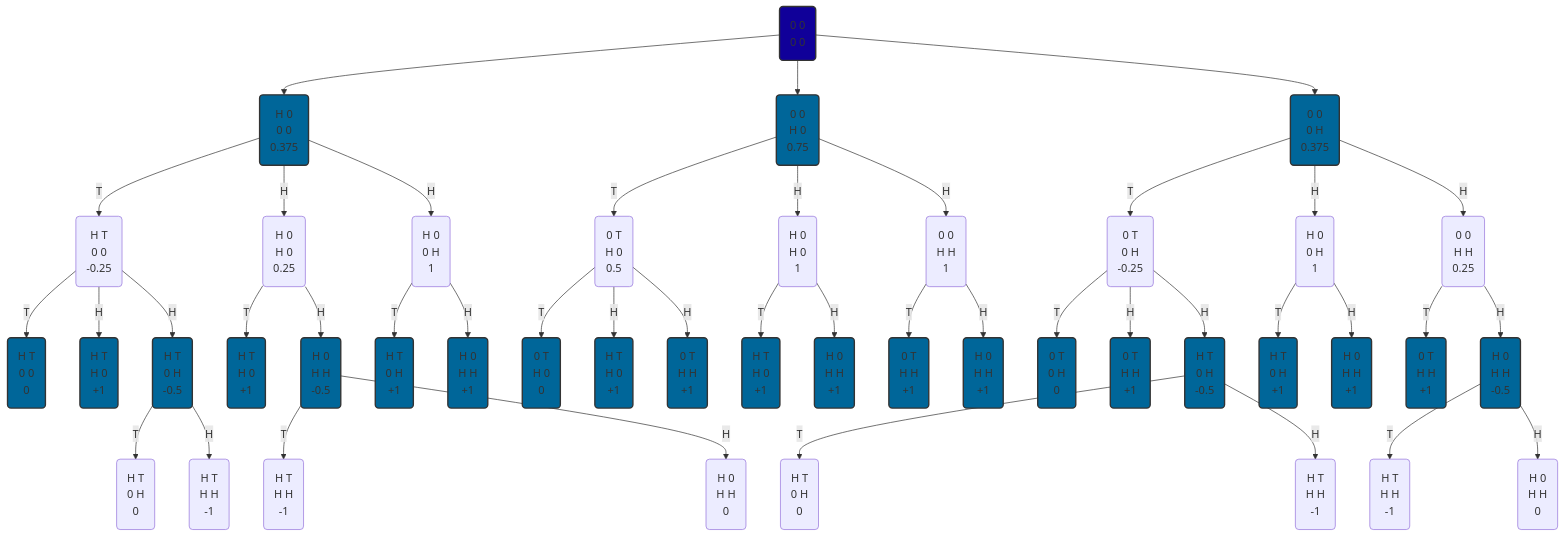
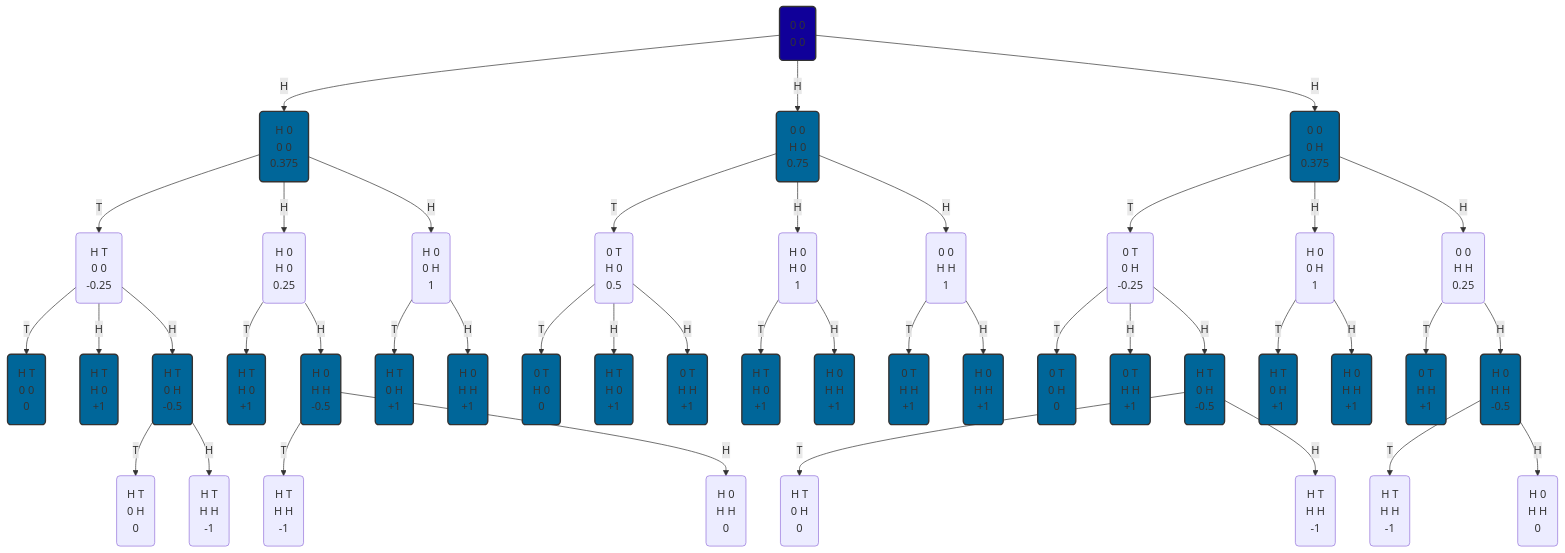
One commit to lucasfth/introduction-to-artificial-intelligence changed the diagram in week_4/chbl.md. Above: the diagram before and after it, drawn with Mermaid. The commit also changed other lines of this file and 1 other file, not shown here.

Commit message:
fix anwser to week 3 part b

```diff
--- a/week_4/chbl.md
+++ b/week_4/chbl.md
@@ -51,9 +55,9 @@
 flowchart TD
   max(0 0
   0 0)
-  max --> max0
-  max --> max1
-  max --> max2
+  max -- H --> max0
+  max -- H --> max1
+  max -- H --> max2
   style max fill:#100099,stroke:#333,stroke-width:2px;
   style max0 fill:#006699,stroke:#333,stroke-width:2px;
   style max00 fill:#006699,stroke:#333,stroke-width:2px;
```
